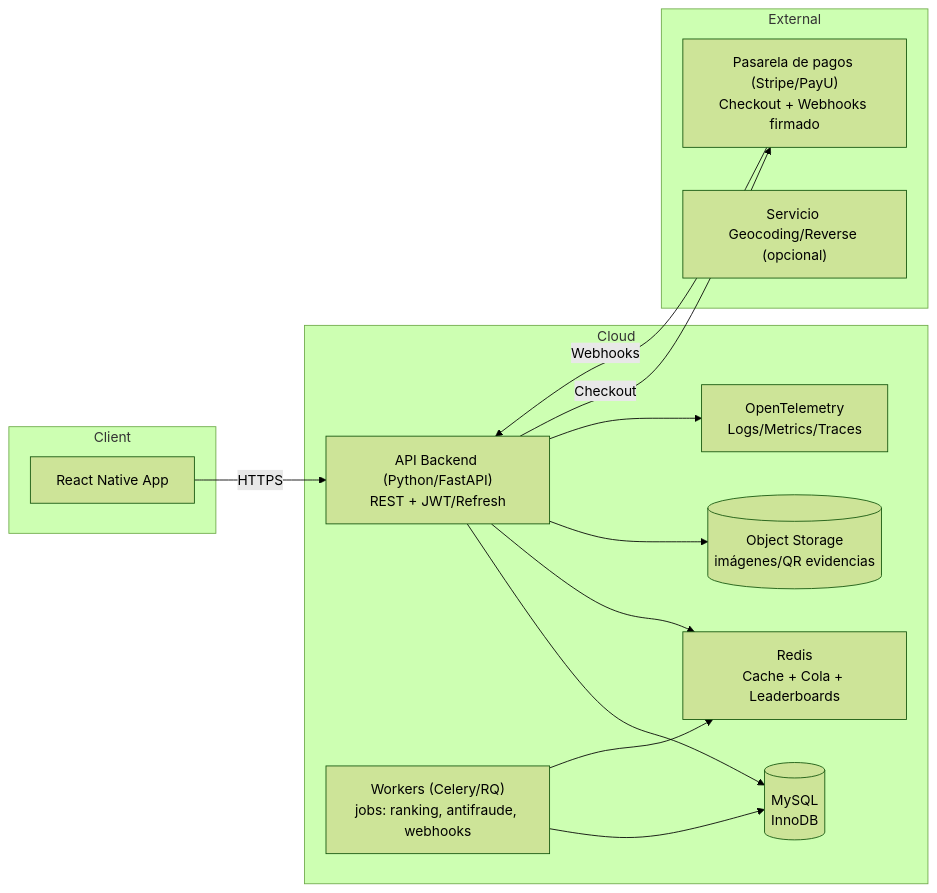
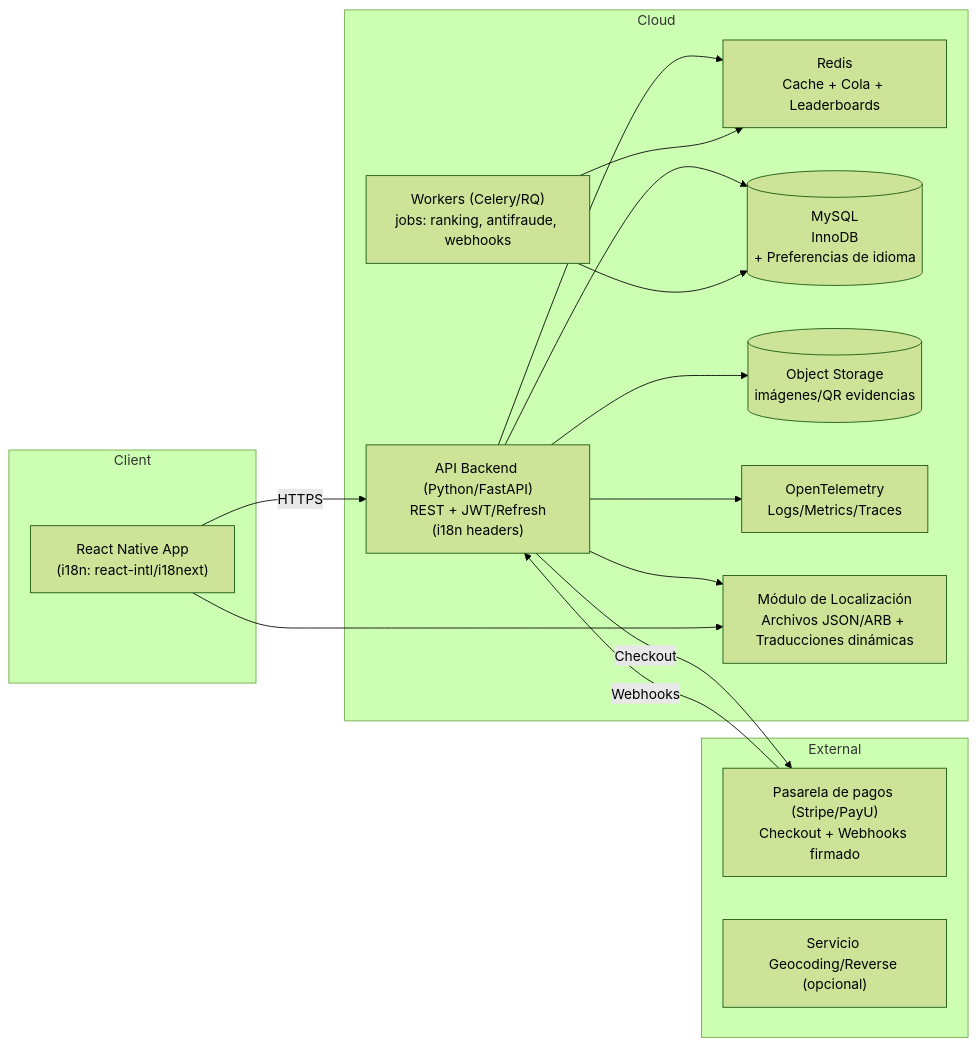
One commit to stevenhdz/htdocs changed the second of 2 diagrams in Municipality/backend/readme.md. Above: the diagram before and after it, drawn with Mermaid (forest theme). The commit also changed other lines of this file, not shown here.

Commit message:
feature municipality

````diff
--- a/Municipality/backend/readme.md
+++ b/Municipality/backend/readme.md
@@ -174,30 +177,33 @@
 ```mermaid
 flowchart LR
   subgraph Client
-    RN["React Native App"]
+    RN["React Native App\n(i18n: react-intl/i18next)"]
   end
 
   subgraph Cloud [Cloud]
-    API["API Backend (Python/FastAPI)\nREST + JWT/Refresh"]
+    API["API Backend (Python/FastAPI)\nREST + JWT/Refresh\n(i18n headers)"]
     WORKERS["Workers (Celery/RQ)\njobs: ranking, antifraude, webhooks"]
     REDIS["Redis\nCache + Cola + Leaderboards"]
-    DB[(MySQL\nInnoDB)]
+    DB[(MySQL\nInnoDB\n+ Preferencias de idioma)]
     STORAGE[(Object Storage\nimágenes/QR evidencias)]
     OBS["OpenTelemetry\nLogs/Metrics/Traces"]
+    I18N_SVC["Módulo de Localización\nArchivos JSON/ARB + Traducciones dinámicas"]
   end
 
   subgraph External
     PAY["Pasarela de pagos (Stripe/PayU)\nCheckout + Webhooks firmado"]
     GEO["Servicio Geocoding/Reverse (opcional)"]
   end
 
   RN -->|HTTPS| API
   API --> DB
   API --> REDIS
   API --> STORAGE
   API --> OBS
+  API --> I18N_SVC
+  RN --> I18N_SVC
   WORKERS --> DB
   WORKERS --> REDIS
   API -->|Checkout| PAY
   PAY -->|Webhooks| API
 ```
````
